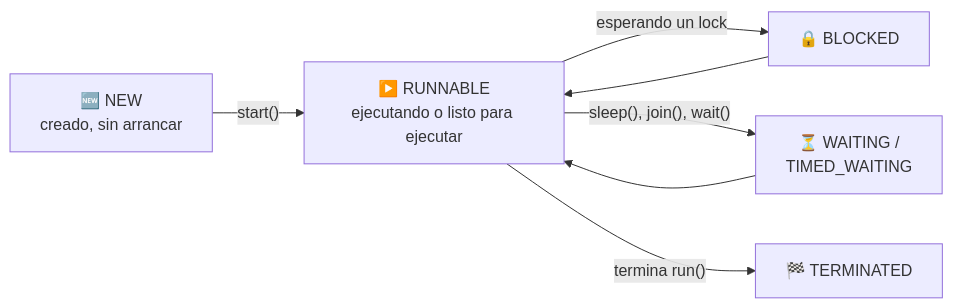
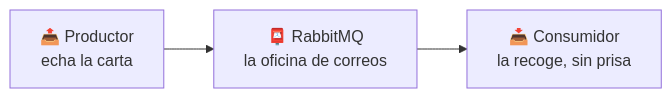
Before and after one commit to aitorventura/programacion-servicios-procesos: the fourth of 6 diagrams in docs/tema3/hilos-en-una-app-real.md, drawn with Mermaid. The commit also changed other lines of this file and 18 other files, not shown here.

````diff
--- a/docs/tema3/hilos-en-una-app-real.md
+++ b/docs/tema3/hilos-en-una-app-real.md
@@ -60,9 +313,5 @@
 ```mermaid
 flowchart LR
-    N["🆕 NEW<br/>creado, sin arrancar"] -->|"start()"| R["▶️ RUNNABLE<br/>ejecutando o listo para ejecutar"]
-    R -->|"esperando un lock"| B["🔒 BLOCKED"]
-    R -->|"sleep(), join(), wait()"| W["⏳ WAITING /<br/>TIMED_WAITING"]
-    B --> R
-    W --> R
-    R -->|"termina run()"| T["🏁 TERMINATED"]
+    P["📤 Productor<br/>echa la carta"] --> B["📮 RabbitMQ<br/>la oficina de correos"]
+    B --> C["📥 Consumidor<br/>la recoge, sin prisa"]
 ```
````
